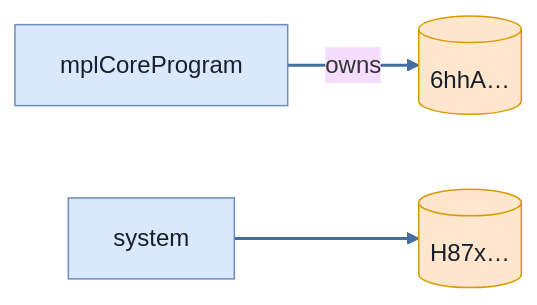
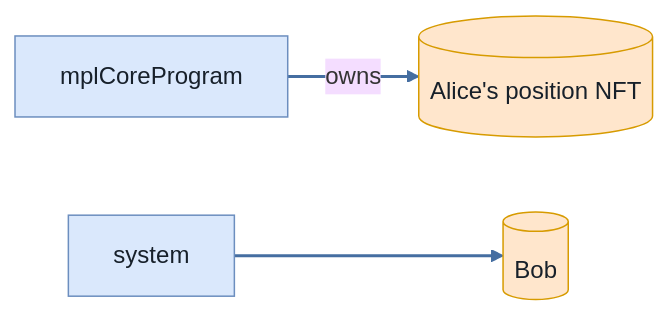
Before and after one commit to cds-turbin3/vesting-position: diagram 18 of 21 in babelfish-tests/test-report/scenario_3_buyback_alice_claims_again.md, drawn with Mermaid (base theme). The commit also changed other lines of this file and 104 other files, not shown here.

````diff
--- a/babelfish-tests/test-report/scenario_3_buyback_alice_claims_again.md
+++ b/babelfish-tests/test-report/scenario_3_buyback_alice_claims_again.md
@@ -669,13 +670,13 @@
 ```mermaid
 flowchart LR
     mplCoreProgram["mplCoreProgram"]:::program
-    n6hhA[("6hhA…")]:::state
+    AlicespositionNFT[("Alice's position NFT")]:::state
     system["system"]:::program
-    H87x[("H87x…")]:::state
-    mplCoreProgram -->|owns| n6hhA
-    system --> H87x
+    Bob[("Bob")]:::state
+    mplCoreProgram -->|owns| AlicespositionNFT
+    system --> Bob
     classDef program fill:#dae8fc,stroke:#6c8ebf,color:#17202a;
     classDef signer fill:#d5e8d4,stroke:#82b366,color:#17202a;
     classDef state fill:#ffe6cc,stroke:#d79b00,color:#17202a;
     linkStyle 0,1 stroke:#456ea1,stroke-width:2px
 ```
````
